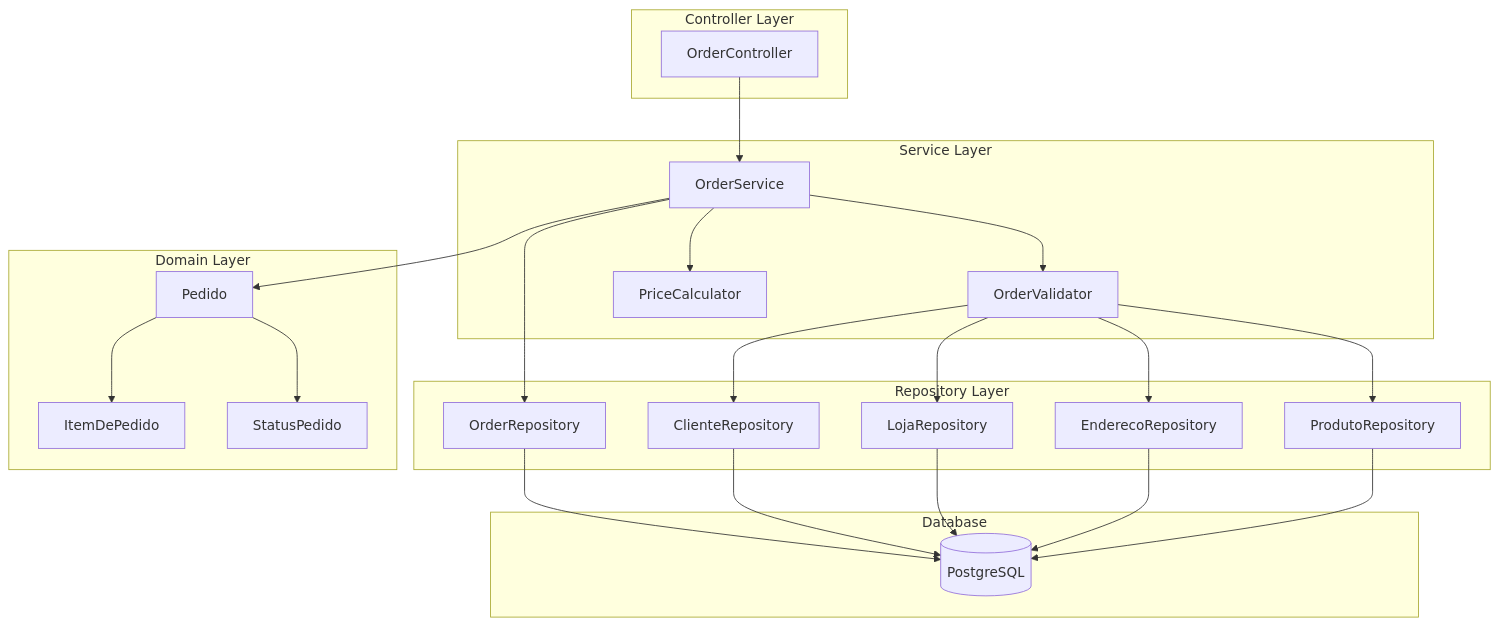
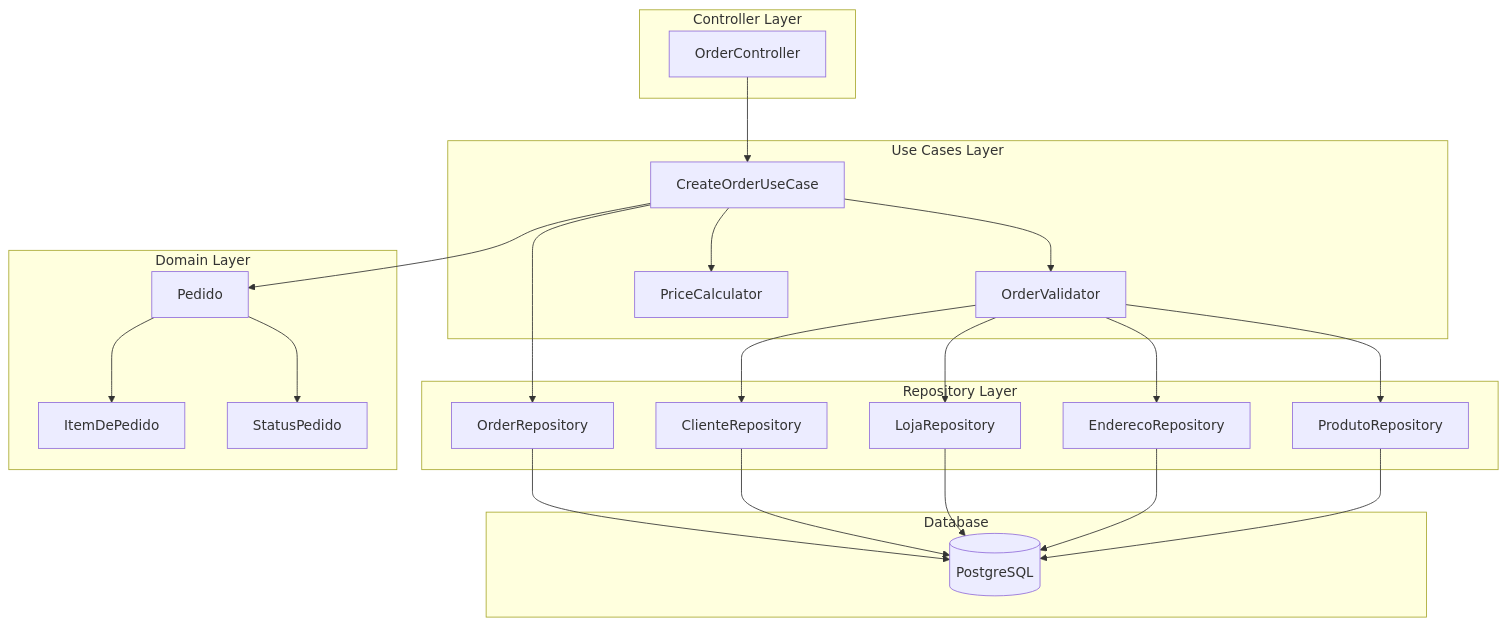
One commit to leandro-yamaniha/spring-boot-4-poc changed the third of 6 diagrams in historias/fase1/HIST-001-modelagem.md. Above: the diagram before and after it, drawn with Mermaid. The commit also changed other lines of this file and 1 other file, not shown here.

Commit message:
refactor(HIST-001): migrar de Service Layer para Use Cases
**Mudança Arquitetural:**

De: Service Layer (OrderService)
Para: Use Cases Layer (CreateOrderUseCase)

**Motivação:**
✅ Alinhamento com Clean Architecture
✅ Single Responsibility Principle
✅ Cada use case representa uma ação específica do usuário
✅ Melhor testabilidade e manutenibilidade
✅ Desacoplamento entre camadas

**Arquivos atualizados:**

1. HIST-001-criacao-pedido-fluxo.md
   - Diagrama de sequência: OrderService → CreateOrderUseCase
   - Método: createOrder() → execute()
   - Todos os 4 fluxos atualizados (principal + 3 alternativos)
   - Descrição dos componentes atualizada

2. HIST-001-modelagem.md
   - Arquitetura de camadas: Service Layer → Use Cases Layer
   - Estrutura de pacotes: domain/service → domain/usecase
   - CreateOrderUseCase com responsabilidade única

**Benefícios:**
- Código mais limpo e organizado
- Facilita adição de novos use cases
- Cada use case é independente
- Testes mais focados e isolados
- Alinhado com DDD e Clean Architecture

````diff
--- a/historias/fase1/HIST-001-modelagem.md
+++ b/historias/fase1/HIST-001-modelagem.md
@@ -163,47 +163,47 @@
 ```mermaid
 graph TB
     subgraph "Controller Layer"
         A[OrderController]
     end
 
-    subgraph "Service Layer"
-        B[OrderService]
+    subgraph "Use Cases Layer"
+        B[CreateOrderUseCase]
         C[OrderValidator]
         D[PriceCalculator]
     end
 
     subgraph "Repository Layer"
         E[OrderRepository]
         F[ClienteRepository]
         G[LojaRepository]
         H[EnderecoRepository]
         I[ProdutoRepository]
     end
 
     subgraph "Domain Layer"
         J[Pedido]
         K[ItemDePedido]
         L[StatusPedido]
     end
 
     subgraph "Database"
         M[(PostgreSQL)]
     end
 
     A --> B
     B --> C
     B --> D
     B --> E
     C --> F
     C --> G
     C --> H
     C --> I
     B --> J
     J --> K
     J --> L
     E --> M
     F --> M
     G --> M
     H --> M
     I --> M
 ```
````
